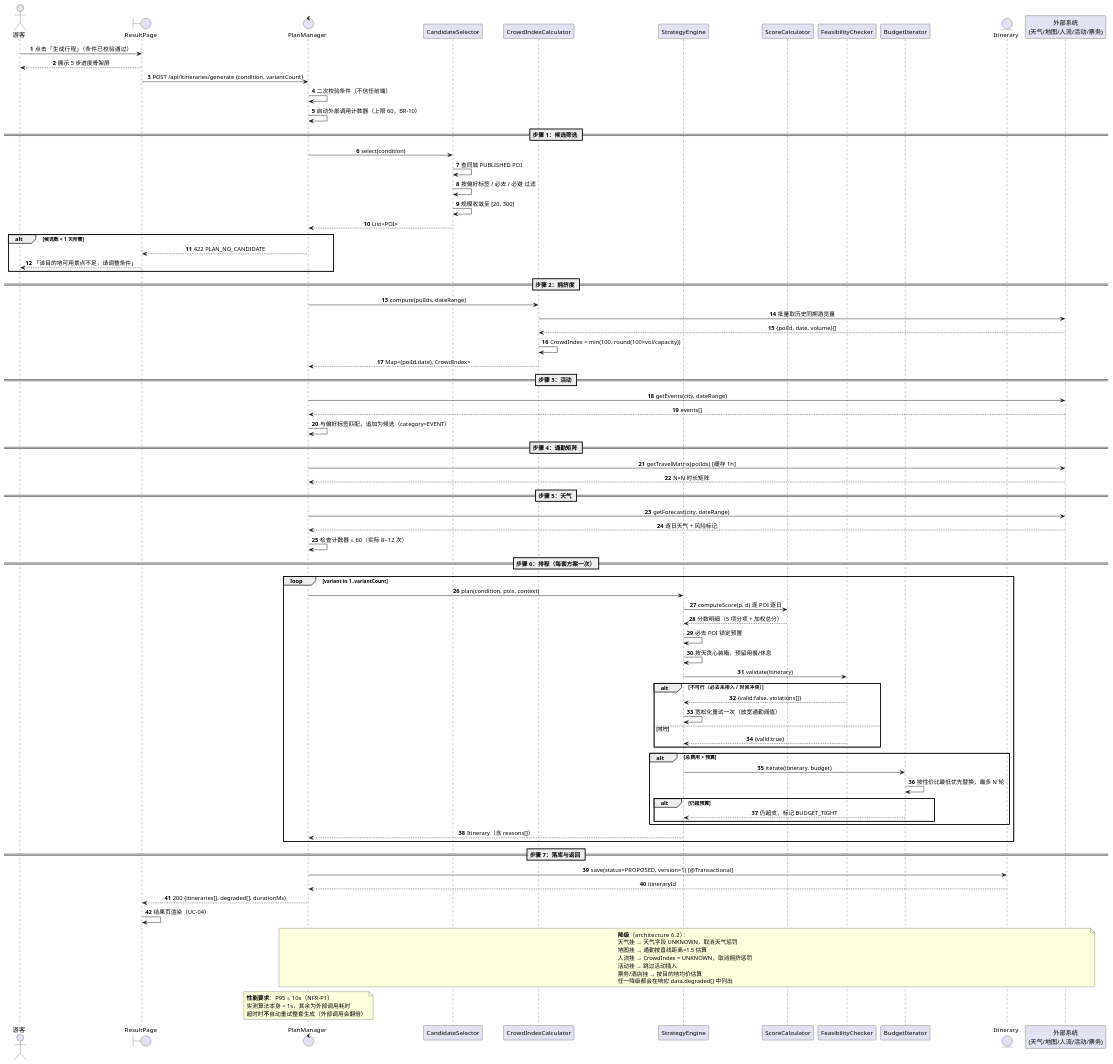
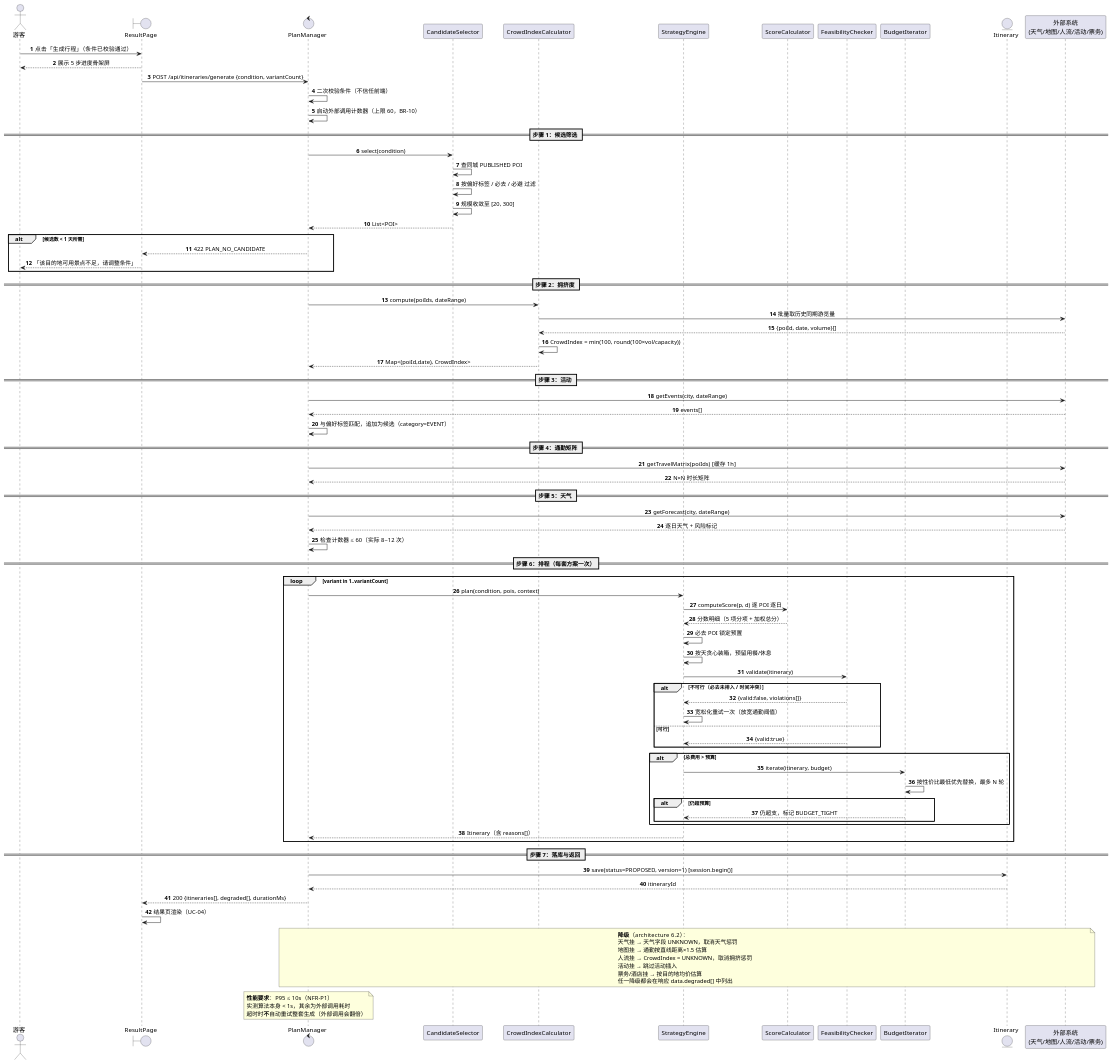
Before and after one commit to encoY3332333/transparent-umbrella: the diagram in docs/diagrams/seq-uc03-generate.puml, drawn with PlantUML. The commit also changed 28 other files, not shown here.

```diff
--- a/docs/diagrams/seq-uc03-generate.puml
+++ b/docs/diagrams/seq-uc03-generate.puml
@@ -1,108 +1,108 @@
 @startuml seq-uc03-generate
 ' UC-03 行程自动生成 · 顺序图（核心链路）
 ' 对应 SRS 3.3.3、docs/architecture.md 3.1、docs/api.md 3.1
 
 skinparam shadowing false
 skinparam defaultFontName "Microsoft YaHei"
 skinparam sequenceMessageAlign center
 autonumber
 
 actor "游客" as T
 boundary "ResultPage" as UI
 control "PlanManager" as PM
 participant "CandidateSelector" as CS
 participant "CrowdIndexCalculator" as CIC
 participant "StrategyEngine" as SE
 participant "ScoreCalculator" as SC
 participant "FeasibilityChecker" as FC
 participant "BudgetIterator" as BI
 entity "Itinerary" as IT
 participant "外部系统\n(天气/地图/人流/活动/票务)" as EXT
 
 T -> UI : 点击「生成行程」（条件已校验通过）
 UI --> T : 展示 5 步进度骨架屏
 UI -> PM : POST /api/itineraries/generate {condition, variantCount}
 
 PM -> PM : 二次校验条件（不信任前端）
 PM -> PM : 启动外部调用计数器（上限 60，BR-10）
 
 == 步骤 1：候选筛选 ==
 PM -> CS : select(condition)
 CS -> CS : 查同城 PUBLISHED POI
 CS -> CS : 按偏好标签 / 必去 / 必避 过滤
 CS -> CS : 规模收敛至 [20, 300]
 CS --> PM : List<POI>
 alt 候选数 < 1 天所需
   PM --> UI : 422 PLAN_NO_CANDIDATE
   UI --> T : 「该目的地可用景点不足，请调整条件」
 end
 
 == 步骤 2：拥挤度 ==
 PM -> CIC : compute(poiIds, dateRange)
 CIC -> EXT : 批量取历史同期游览量
 EXT --> CIC : {poiId, date, volume}[]
 CIC -> CIC : CrowdIndex = min(100, round(100×vol/capacity))
 CIC --> PM : Map<(poiId,date), CrowdIndex>
 
 == 步骤 3：活动 ==
 PM -> EXT : getEvents(city, dateRange)
 EXT --> PM : events[]
 PM -> PM : 与偏好标签匹配，追加为候选（category=EVENT）
 
 == 步骤 4：通勤矩阵 ==
 PM -> EXT : getTravelMatrix(poiIds)  [缓存 1h]
 EXT --> PM : N×N 时长矩阵
 
 == 步骤 5：天气 ==
 PM -> EXT : getForecast(city, dateRange)
 EXT --> PM : 逐日天气 + 风险标记
 
 PM -> PM : 检查计数器 ≤ 60（实际 8~12 次）
 
 == 步骤 6：排程（每套方案一次）==
 loop variant in 1..variantCount
   PM -> SE : plan(condition, pois, context)
   SE -> SC : computeScore(p, d) 逐 POI 逐日
   SC --> SE : 分数明细（5 项分项 + 加权总分）
   SE -> SE : 必去 POI 锁定预置
   SE -> SE : 按天贪心装箱，预留用餐/休息
   SE -> FC : validate(itinerary)
   alt 不可行（必去未排入 / 时间冲突）
     FC --> SE : {valid:false, violations[]}
     SE -> SE : 宽松化重试一次（放宽通勤阈值）
   else 可行
     FC --> SE : {valid:true}
   end
   alt 总费用 > 预算
     SE -> BI : iterate(itinerary, budget)
     BI -> BI : 按性价比最低优先替换，最多 N 轮
     alt 仍超预算
       BI --> SE : 仍超支，标记 BUDGET_TIGHT
     end
   end
   SE --> PM : Itinerary（含 reasons[]）
 end
 
 == 步骤 7：落库与返回 ==
-PM -> IT : save(status=PROPOSED, version=1)  [@Transactional]
+PM -> IT : save(status=PROPOSED, version=1)  [session.begin()]
 IT --> PM : itineraryId
 PM --> UI : 200 {itineraries[], degraded[], durationMs}
 UI -> UI : 结果页渲染（UC-04）
 
 note over PM, EXT
   **降级**（architecture 6.2）：
   天气挂 → 天气字段 UNKNOWN，取消天气惩罚
   地图挂 → 通勤按直线距离×1.5 估算
   人流挂 → CrowdIndex = UNKNOWN，取消拥挤惩罚
   活动挂 → 跳过活动插入
   票务/酒店挂 → 按目的地均价估算
   任一降级都会在响应 data.degraded[] 中列出
 end note
 
 note over PM
   **性能要求**：P95 ≤ 10s（NFR-P1）
   实测算法本身 < 1s，其余为外部调用耗时
   超时时**不**自动重试整套生成（外部调用会翻倍）
 end note
 
 @enduml
```
